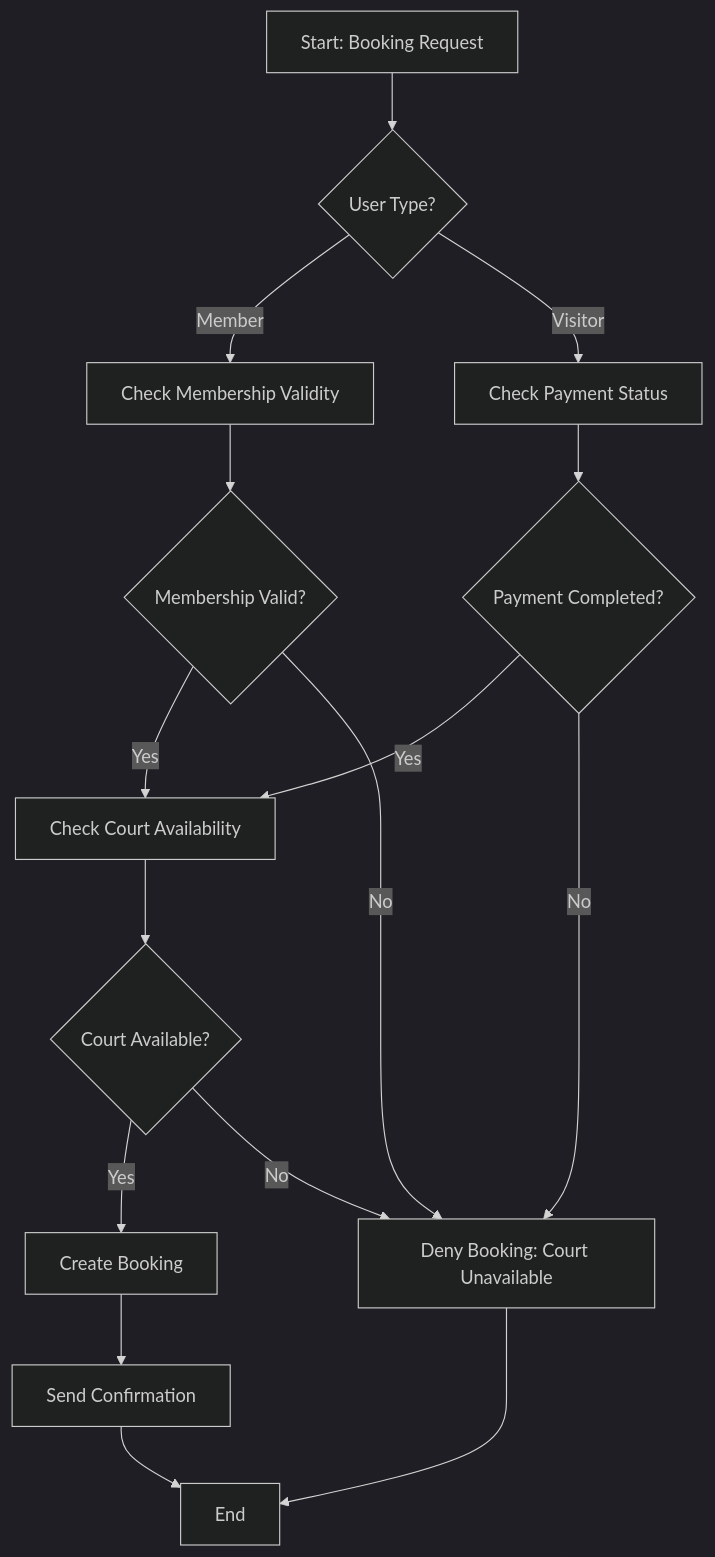
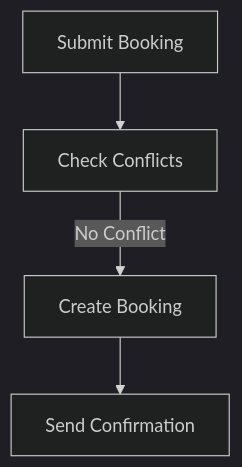
One commit to DouglasVDM/court-booking-pwa changed the third of 4 diagrams in README.md. Above: the diagram before and after it, drawn with Mermaid (dark theme). The commit also changed other lines of this file, not shown here.

````diff
--- a/README.md
+++ b/README.md
@@ -144,18 +124,6 @@
 ```mermaid
 graph TD
-    A[Start: Booking Request] --> B{User Type?}
-    B -- Member --> C[Check Membership Validity]
-    B -- Visitor --> D[Check Payment Status]
-    C --> E{Membership Valid?}
-    E -- Yes --> F[Check Court Availability]
-    E -- No --> Z[Deny Booking: Invalid Membership]
-    D --> G{Payment Completed?}
-    G -- Yes --> F
-    G -- No --> Z[Deny Booking: Payment Incomplete]
-    F --> H{Court Available?}
-    H -- Yes --> I[Create Booking]
-    H -- No --> Z[Deny Booking: Court Unavailable]
-    I --> J[Send Confirmation]
-    J --> K[End]
-    Z --> K[End]
-```
+  A[Submit Booking] --> B[Check Conflicts]
+  B -- No Conflict --> C[Create Booking]
+  C --> D[Send Confirmation]
+  ```
````
